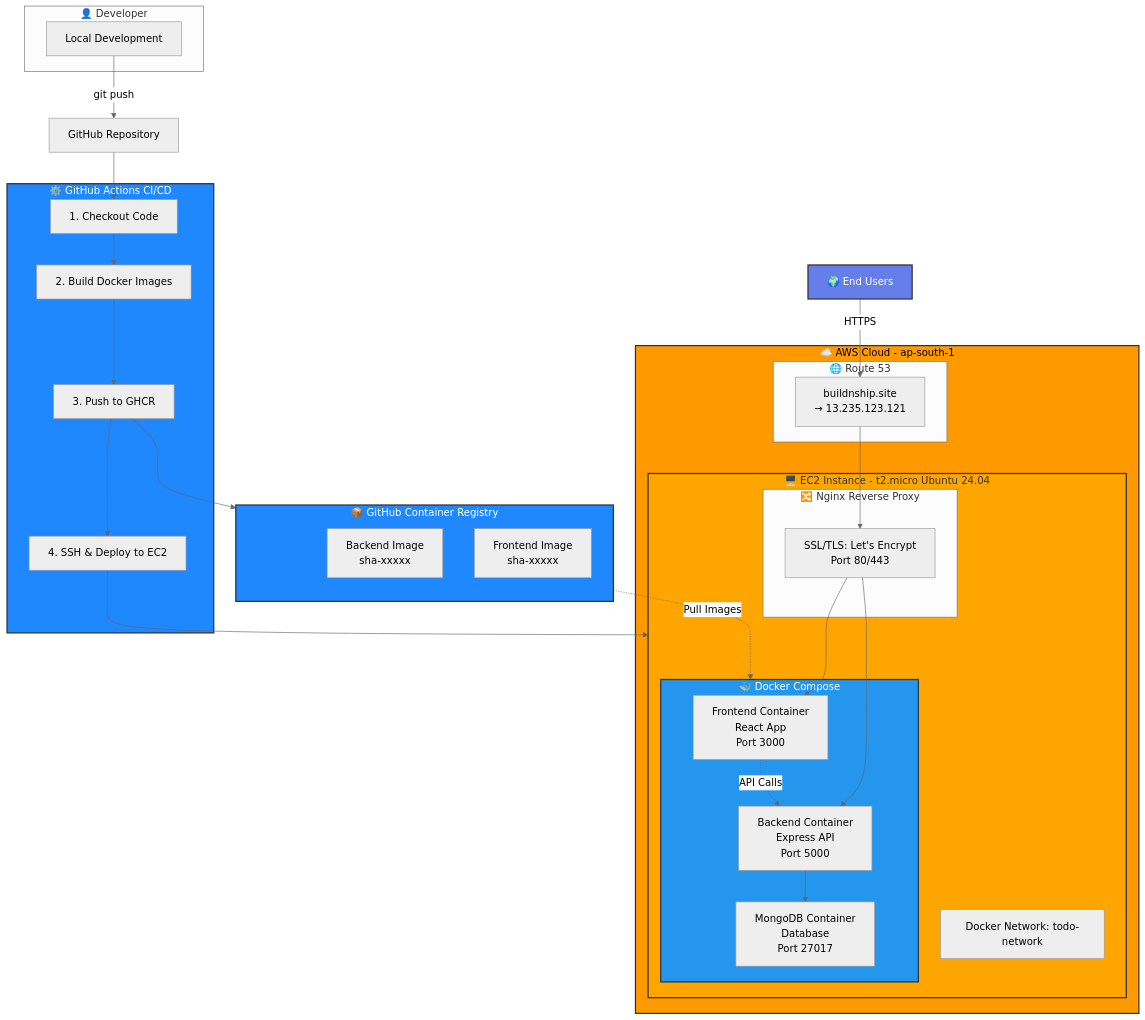
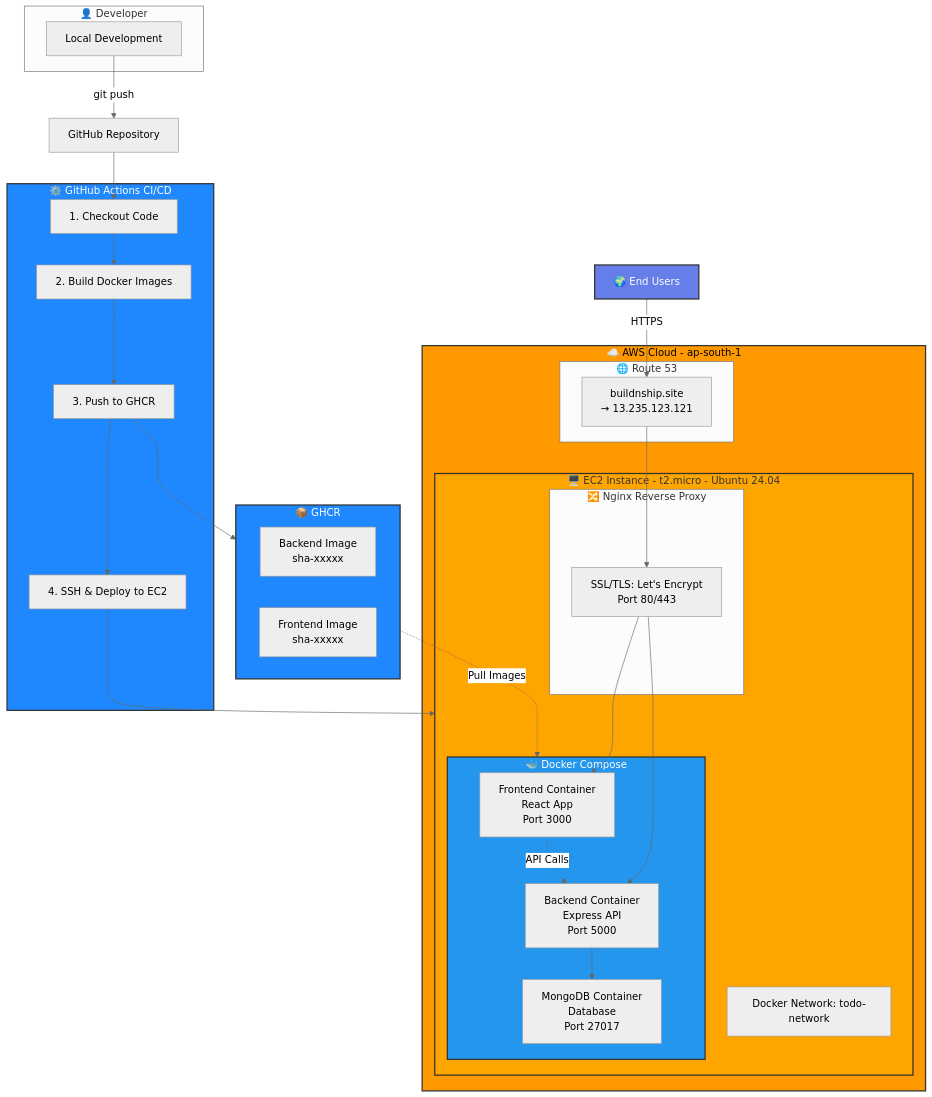
One commit to Syed-Moazzam/mern-todo-app-devops changed the diagram in README.md. Above: the diagram before and after it, drawn with Mermaid (neutral theme).

Commit message:
updated architecture diagram for better visibility

````diff
--- a/README.md
+++ b/README.md
@@ -43,68 +43,64 @@
 ```mermaid
 graph TB
     subgraph User["👤 Developer"]
         Dev[Local Development]
     end
     
     Dev -->|git push| GitHub[GitHub Repository]
     
     subgraph CI["⚙️ GitHub Actions CI/CD"]
         Checkout[1. Checkout Code]
         Build[2. Build Docker Images]
         Push[3. Push to GHCR]
         Deploy[4. SSH & Deploy to EC2]
         
         Checkout --> Build --> Push --> Deploy
     end
     
     GitHub --> Checkout
     
-    subgraph GHCR["📦 GitHub Container Registry"]
-        direction TB
-        GHCRSpacer[" "]
+    subgraph GHCR["📦 GHCR"]
         BackendImg["Backend Image<br/>sha-xxxxx"]
         FrontendImg["Frontend Image<br/>sha-xxxxx"]
     end
     
     Push --> GHCR
     
-    style GHCRSpacer fill:none,stroke:none
-    
     subgraph AWS["☁️ AWS Cloud - ap-south-1"]
         subgraph Route53["🌐 Route 53"]
             DNS["buildnship.site<br/>→ 13.235.123.121"]
         end
         
-        subgraph EC2["🖥️ EC2 Instance - t2.micro Ubuntu 24.04"]
+        subgraph EC2["🖥️ EC2 Instance - t2.micro - Ubuntu 24.04"]
             subgraph Nginx["🔀 Nginx Reverse Proxy"]
                 SSL["SSL/TLS: Let's Encrypt<br/>Port 80/443"]
             end
             
             subgraph Docker["🐳 Docker Compose"]
                 Frontend["Frontend Container<br/>React App<br/>Port 3000"]
                 Backend["Backend Container<br/>Express API<br/>Port 5000"]
                 MongoDB["MongoDB Container<br/>Database<br/>Port 27017"]
             end
             
             Network["Docker Network: todo-network"]
         end
     end
     
     Deploy --> EC2
     GHCR -.->|Pull Images| Docker
     
     DNS --> SSL
     SSL --> Frontend
     SSL --> Backend
     Frontend -.->|API Calls| Backend
     Backend --> MongoDB
     
     Users["🌍 End Users"] -->|HTTPS| DNS
     
     style Users fill:#667eea,stroke:#333,stroke-width:2px,color:#fff
     style AWS fill:#FF9900,stroke:#333,stroke-width:2px,color:#000
     style EC2 fill:#FFA500,stroke:#333,stroke-width:2px
     style GHCR fill:#2088FF,stroke:#333,stroke-width:2px,color:#fff
     style CI fill:#2088FF,stroke:#333,stroke-width:2px,color:#fff
     style Docker fill:#2496ED,stroke:#333,stroke-width:2px,color:#fff
 ```
````
